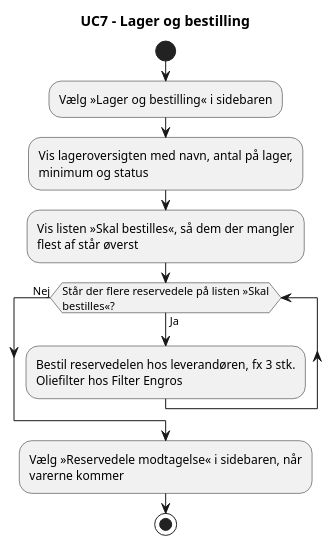
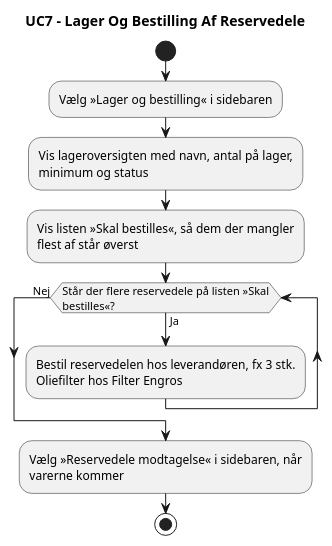
Before and after one commit to Zoabz/Getting-Real: the diagram in 10. Userflow/UC7_lager_og_bestilling.puml, drawn with PlantUML. The commit also changed 19 other files, not shown here.

```diff
--- a/10. Userflow/UC7_lager_og_bestilling.puml
+++ b/10. Userflow/UC7_lager_og_bestilling.puml
@@ -2,16 +2,16 @@
 @startuml
-title UC7 - Lager og bestilling
+title UC7 - Lager Og Bestilling Af Reservedele
 start
 :Vælg »Lager og bestilling« i sidebaren;
 :Vis lageroversigten med navn, antal på lager,
 minimum og status;
 :Vis listen »Skal bestilles«, så dem der mangler
 flest af står øverst;
 while (Står der flere reservedele på listen »Skal\nbestilles«?) is (Ja)
   :Bestil reservedelen hos leverandøren, fx 3 stk.
 Oliefilter hos Filter Engros;
 endwhile (Nej)
 :Vælg »Reservedele modtagelse« i sidebaren, når
 varerne kommer;
 stop
 @enduml
```
